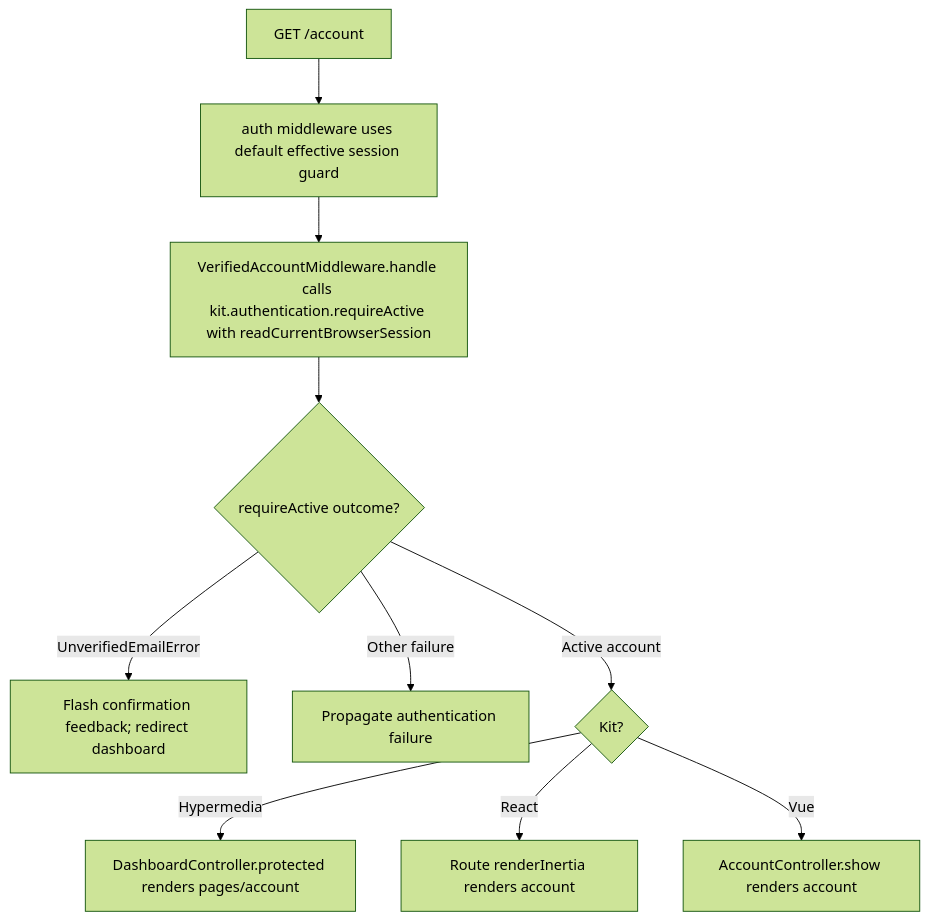
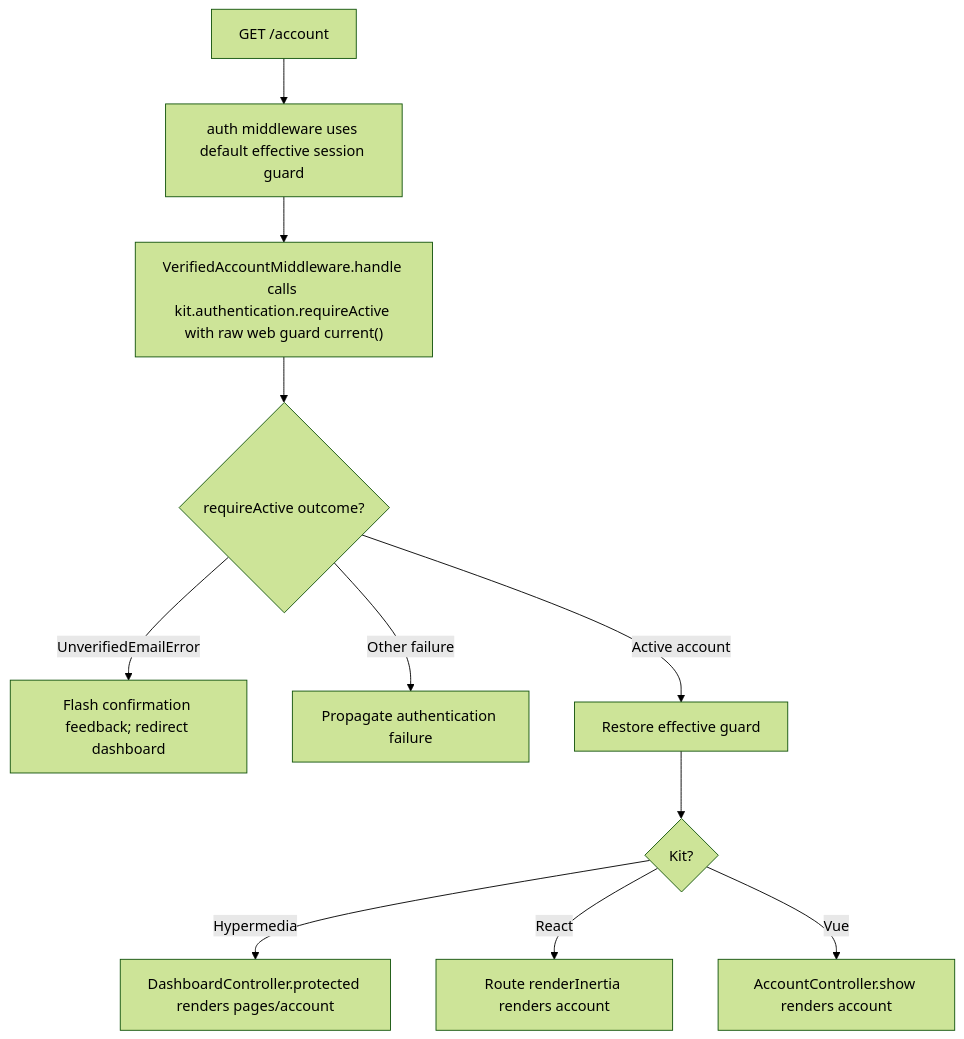
Before and after one commit to Kevinjohn/oss-adonisjs-starter-examples: the second of 2 diagrams in user-stories/accounts/us-account-14-open-protected-account.md, drawn with Mermaid (forest theme). The commit also changed other lines of this file and 3 other files, not shown here.

Commit message:
Update browser guard references in recipes and stories

````diff
--- a/user-stories/accounts/us-account-14-open-protected-account.md
+++ b/user-stories/accounts/us-account-14-open-protected-account.md
@@ -33,12 +33,13 @@
 ```mermaid
 flowchart TD
     A["GET /account"] --> B["auth middleware uses default effective session guard"]
-    B --> C["VerifiedAccountMiddleware.handle calls kit.authentication.requireActive with readCurrentBrowserSession"]
+    B --> C["VerifiedAccountMiddleware.handle calls kit.authentication.requireActive with raw web guard current()"]
     C --> D{"requireActive outcome?"}
     D -->|UnverifiedEmailError| E["Flash confirmation feedback; redirect dashboard"]
     D -->|Other failure| F["Propagate authentication failure"]
-    D -->|Active account| G{"Kit?"}
+    D -->|Active account| R["Restore effective guard"]
+    R --> G{"Kit?"}
     G -->|Hypermedia| H["DashboardController.protected renders pages/account"]
     G -->|React| I["Route renderInertia renders account"]
     G -->|Vue| J["AccountController.show renders account"]
 ```
````
